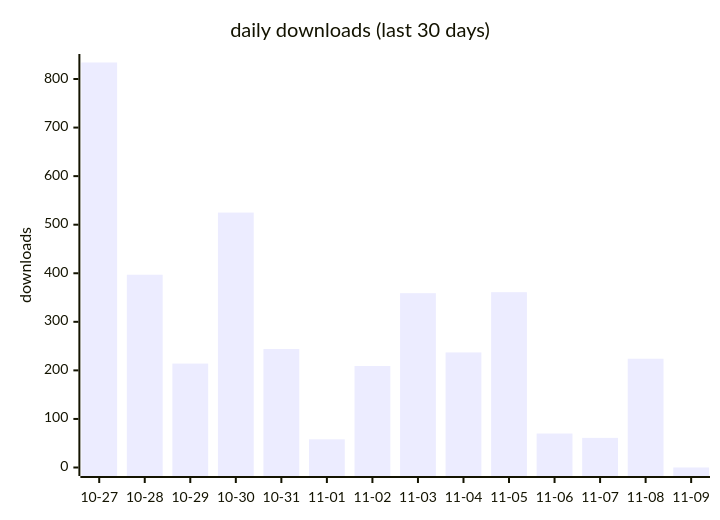
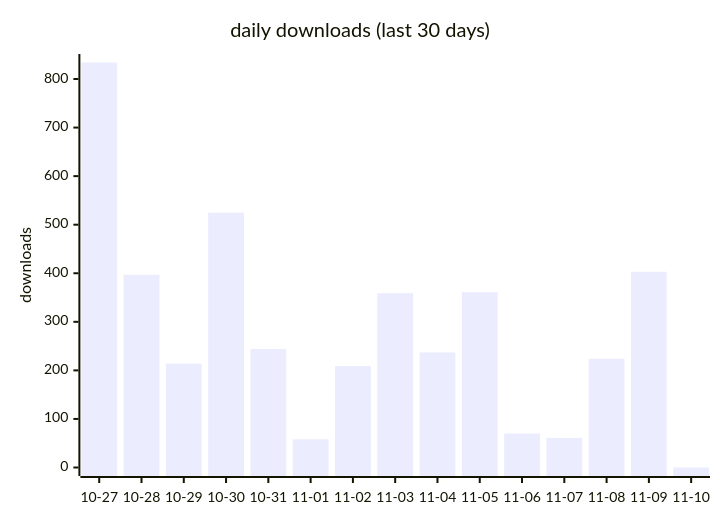
Before and after one commit to terry2010/dsh-rss-news-daily: the first of 2 diagrams in docs/downloads-2026.md, drawn with Mermaid. The commit also changed other lines of this file and 1 other file, not shown here.

````diff
--- a/docs/downloads-2026.md
+++ b/docs/downloads-2026.md
@@ -19,7 +19,7 @@
 ```mermaid
 xychart-beta
     title "daily downloads (last 30 days)"
-    x-axis ["10-27", "10-28", "10-29", "10-30", "10-31", "11-01", "11-02", "11-03", "11-04", "11-05", "11-06", "11-07", "11-08", "11-09"]
+    x-axis ["10-27", "10-28", "10-29", "10-30", "10-31", "11-01", "11-02", "11-03", "11-04", "11-05", "11-06", "11-07", "11-08", "11-09", "11-10"]
     y-axis "downloads" 0 --> 834
-    bar [834, 397, 214, 525, 244, 58, 209, 359, 237, 361, 70, 61, 224, 0]
+    bar [834, 397, 214, 525, 244, 58, 209, 359, 237, 361, 70, 61, 224, 403, 0]
 ```
````
